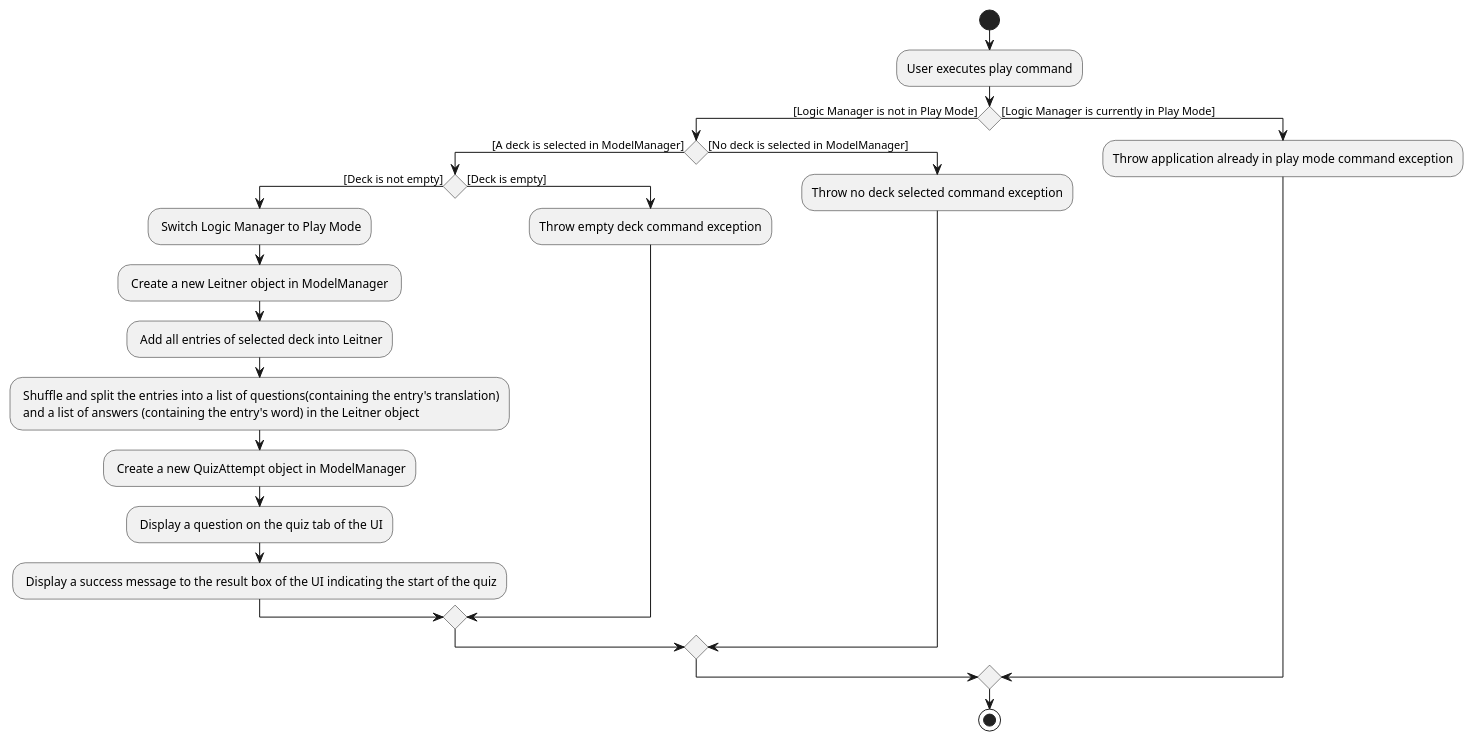
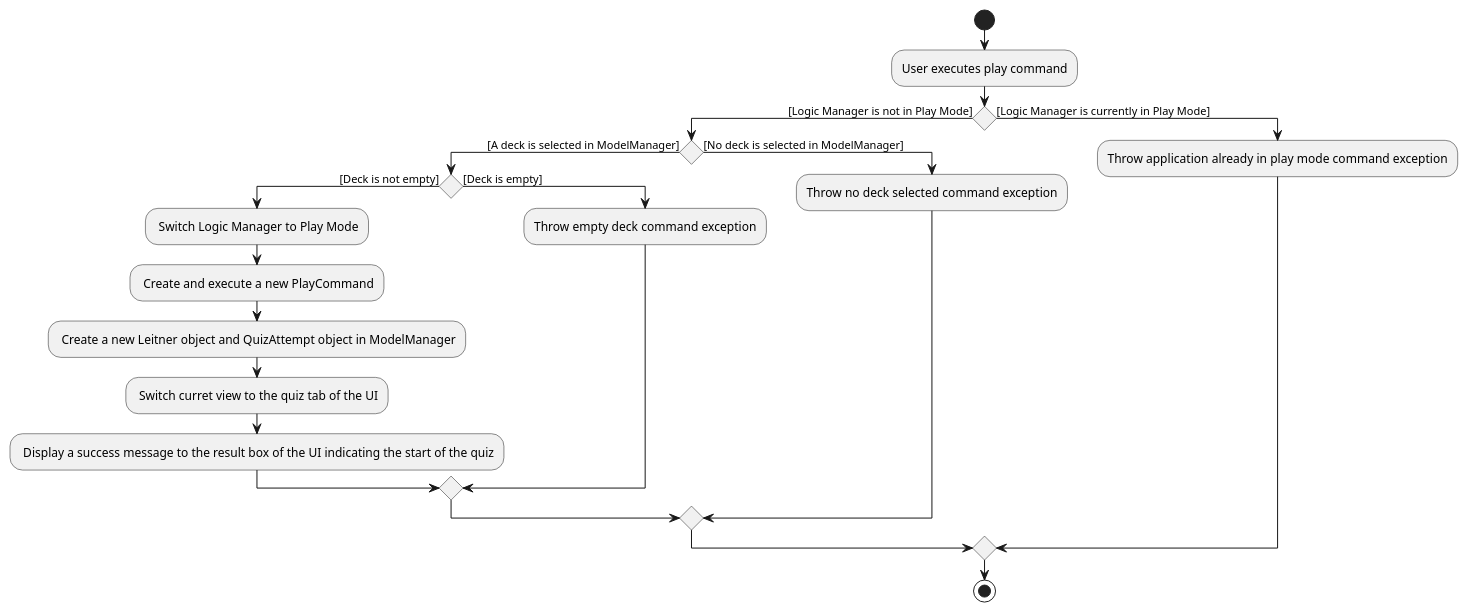
One commit to vigneshbhuvan-nus/tp changed the diagram in docs/diagrams/PlayActivityDiagram.puml. Above: the diagram before and after it, drawn with PlantUML. The commit also changed 2 other files, not shown here.

```diff
--- a/docs/diagrams/PlayActivityDiagram.puml
+++ b/docs/diagrams/PlayActivityDiagram.puml
@@ -1,26 +1,23 @@
 @startuml
 start
 :User executes play command;
 
 if() then ([Logic Manager is not in Play Mode])
     if() then ([A deck is selected in ModelManager])
         if() then ([Deck is not empty])
         : Switch Logic Manager to Play Mode;
-        : Create a new Leitner object in ModelManager ;
-        : Add all entries of selected deck into Leitner;
-        : Shuffle and split the entries into a list of questions(containing the entry's translation)
-         and a list of answers (containing the entry's word) in the Leitner object;
-        : Create a new QuizAttempt object in ModelManager;
-        : Display a question on the quiz tab of the UI;
+        : Create and execute a new PlayCommand;
+        : Create a new Leitner object and QuizAttempt object in ModelManager;
+        : Switch curret view to the quiz tab of the UI;
         : Display a success message to the result box of the UI indicating the start of the quiz;
         else ([Deck is empty])
         :Throw empty deck command exception;
         endif
     else ([No deck is selected in ModelManager])
     :Throw no deck selected command exception;
     endif
 else([Logic Manager is currently in Play Mode])
 :Throw application already in play mode command exception;
 endif
 stop
 @enduml
```
